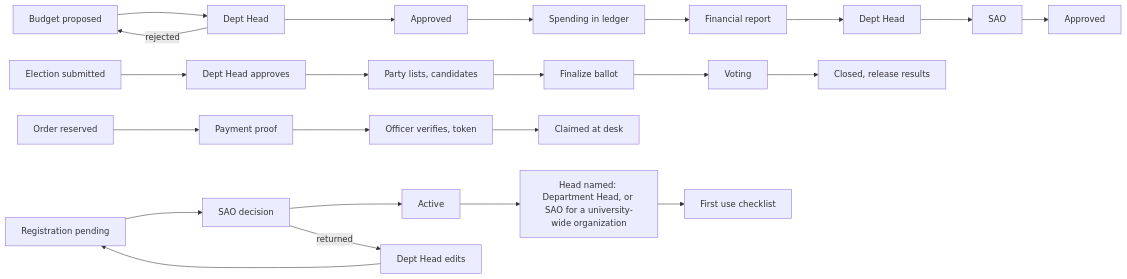
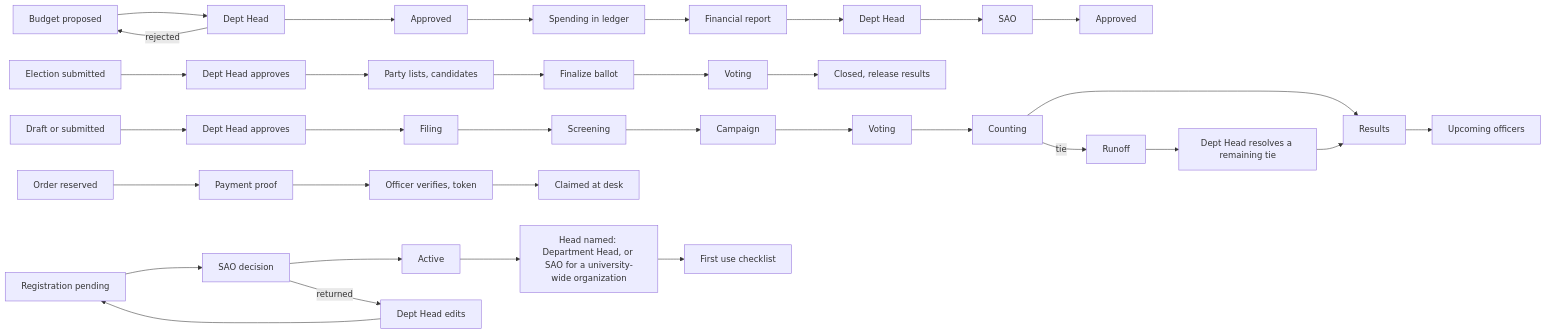
Before and after one commit to prodoc-zen/Hiusa-FULL: the eighth of 8 diagrams in docs/UX_FLOW.md, drawn with Mermaid. The commit also changed other lines of this file and 12 other files, not shown here.

````diff
--- a/docs/UX_FLOW.md
+++ b/docs/UX_FLOW.md
@@ -522,9 +563,11 @@
 ```mermaid
 flowchart LR
   B1[Budget proposed] --> B2[Dept Head] --> B3[Approved] --> B4[Spending in ledger] --> B5[Financial report] --> B6[Dept Head] --> B7[SAO] --> B8[Approved]
   B2 -- rejected --> B1
   C1[Election submitted] --> C2[Dept Head approves] --> C3[Party lists, candidates] --> C4[Finalize ballot] --> C5[Voting] --> C6[Closed, release results]
+  F1[Draft or submitted] --> F2[Dept Head approves] --> F3[Filing] --> F4[Screening] --> F5[Campaign] --> F6[Voting] --> F7[Counting] --> F8[Results] --> F9[Upcoming officers]
+  F7 -- tie --> F10[Runoff] --> F11[Dept Head resolves a remaining tie] --> F8
   D1[Order reserved] --> D2[Payment proof] --> D3[Officer verifies, token] --> D4[Claimed at desk]
   G1[Registration pending] --> G2[SAO decision] --> G3[Active] --> G4[Head named: Department Head, or SAO for a university-wide organization] --> G5[First use checklist]
   G2 -- returned --> G6[Dept Head edits] --> G1
 ```
````
